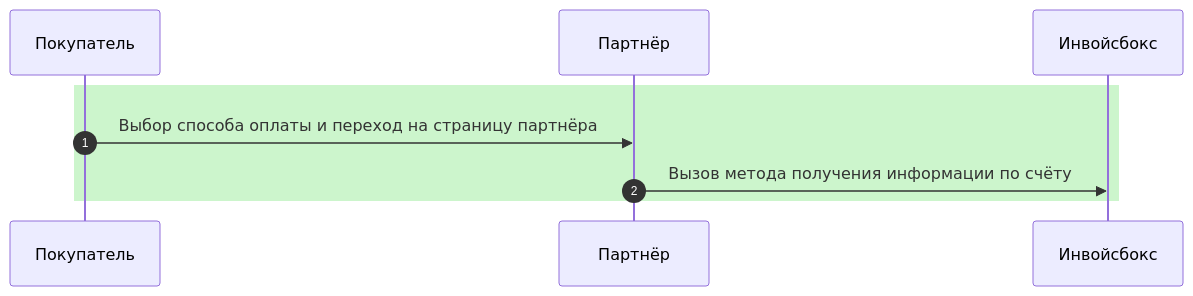
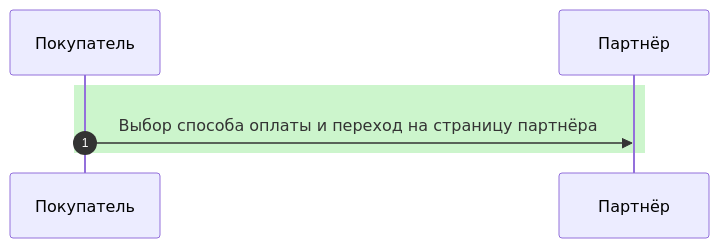
The diagram in docs/business/schema.md (YIGRIKY/invoicebox-docs), drawn with Mermaid before and after one commit. The commit also changed 1 other file, not shown here.

Commit message:
Scheme fix update

```diff
--- a/docs/business/schema.md
+++ b/docs/business/schema.md
@@ -10,11 +10,9 @@
 <div class="mermaid">
 sequenceDiagram
     autonumber
     participant Покупатель
     participant Партнёр
-    participant Инвойсбокс
     rect rgb(204, 245, 204)
       Покупатель->>Партнёр: Выбор способа оплаты и переход на страницу партнёра
-      Партнёр->>Инвойсбокс: Вызов метода получения информации по счёту
     end
 </div>
```
